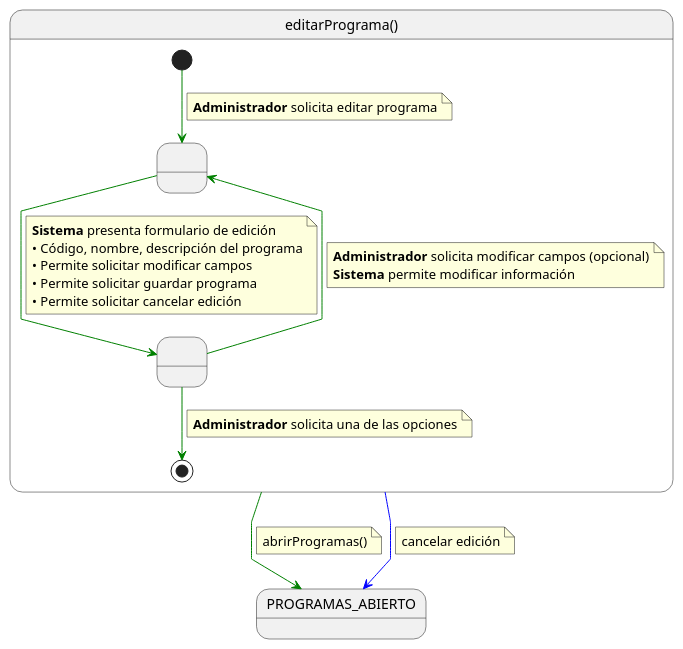
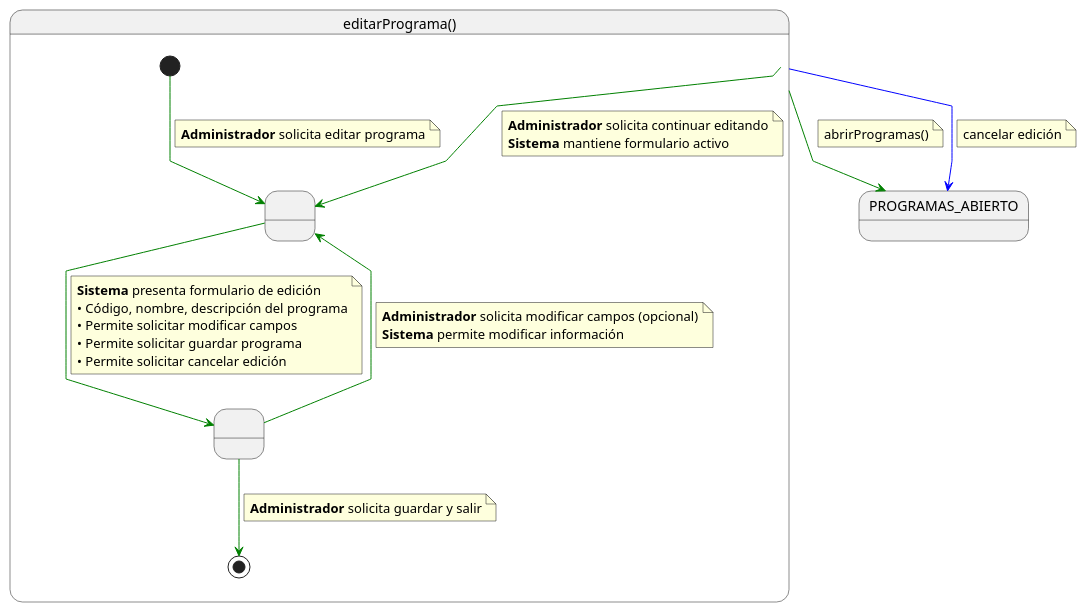
One commit to Hexcss/scheduler changed the diagram in RUP/00-casos-uso/02-detalle/editarPrograma/especificacion.puml. Above: the diagram before and after it, drawn with PlantUML. The commit also changed 6 other files, not shown here.

Commit message:
docs(editarPrograma): actualizar postcondiciones y opciones de navegación

```diff
--- a/RUP/00-casos-uso/02-detalle/editarPrograma/especificacion.puml
+++ b/RUP/00-casos-uso/02-detalle/editarPrograma/especificacion.puml
@@ -1,46 +1,52 @@
 @startuml editarPrograma
 
 skinparam linetype polyline
 
 state editarPrograma as "editarPrograma()" {
 
     state " " as EditandoDatos
     state " " as GuardandoDatos
 
     [*] -[#green]-> EditandoDatos 
     note on link
     <b>Administrador</b> solicita editar programa
     end note    
     
     EditandoDatos -[#green]-> GuardandoDatos
     note on link
     <b>Sistema</b> presenta formulario de edición
     • Código, nombre, descripción del programa
     • Permite solicitar modificar campos
     • Permite solicitar guardar programa
     • Permite solicitar cancelar edición
     end note
     
     GuardandoDatos -[#green]-> EditandoDatos
     note on link
     <b>Administrador</b> solicita modificar campos (opcional)
     <b>Sistema</b> permite modificar información
     end note
     
     GuardandoDatos -[#green]-> [*]
     note on link
-    <b>Administrador</b> solicita una de las opciones
+    <b>Administrador</b> solicita guardar y salir
     end note
 }
+
+editarPrograma -[#green]-> EditandoDatos
+note on link
+<b>Administrador</b> solicita continuar editando
+<b>Sistema</b> mantiene formulario activo
+end note
 
 editarPrograma -[#green]-> PROGRAMAS_ABIERTO
 note on link
 abrirProgramas()
 end note
 
 editarPrograma -[#blue]-> PROGRAMAS_ABIERTO
 note on link
 cancelar edición
 end note
 
 @enduml
```
